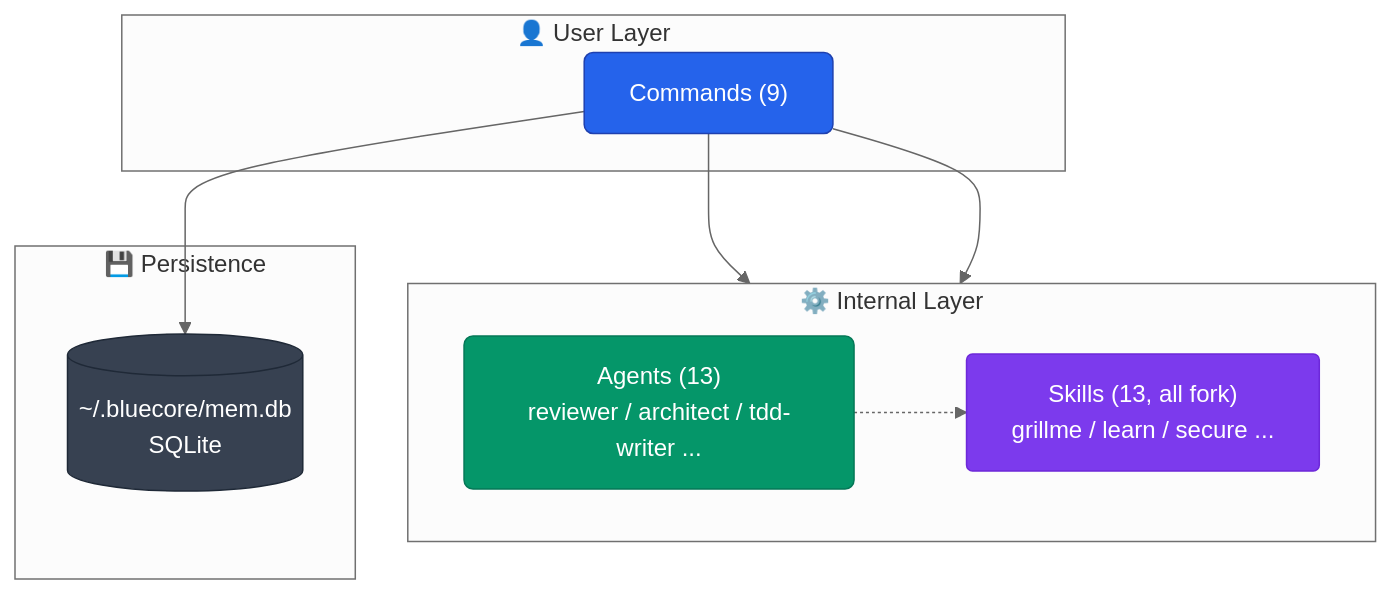
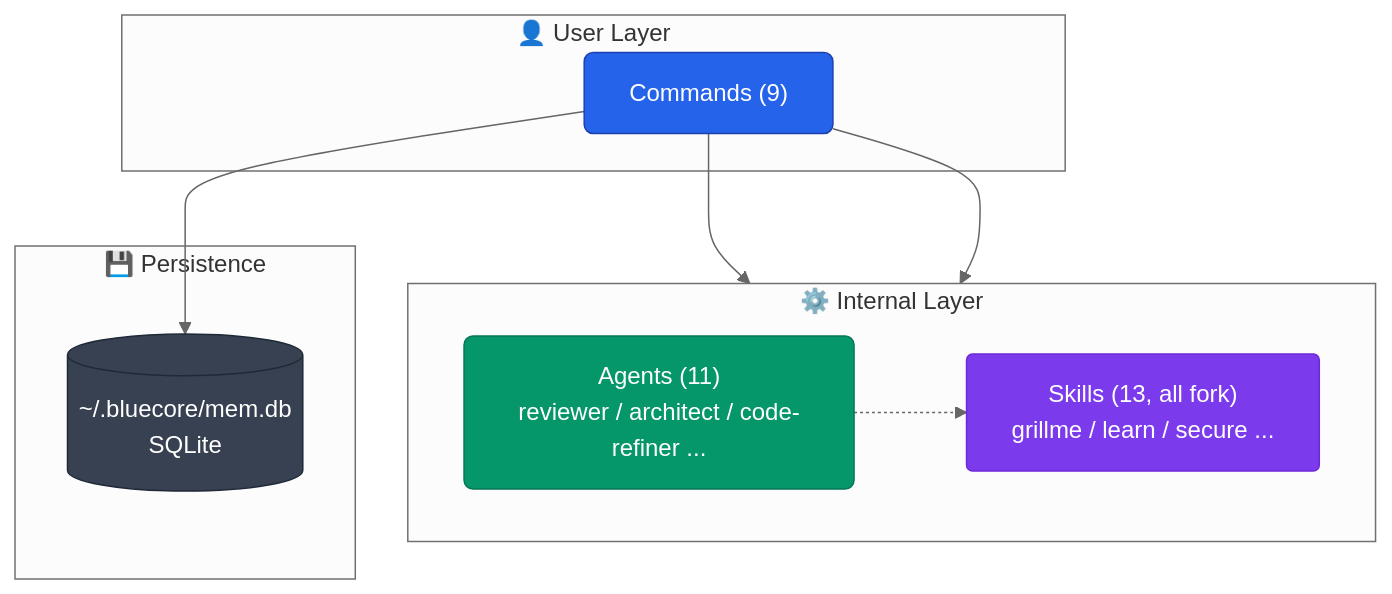
One commit to aokumablue/claq changed diagram 12 of 12 in README.md. Above: the diagram before and after it, drawn with Mermaid (neutral theme). The commit also changed other lines of this file and 9 other files, not shown here.

First line of the commit message:
refactor(agents): simplifier/dead-code-cleaner/perf-optimizer を code-refiner へ統合

````diff
--- a/README.md
+++ b/README.md
@@ -515,26 +515,26 @@
 ```mermaid
 flowchart TB
   classDef cmd    fill:#2563eb,stroke:#1e40af,color:#fff,rx:6
   classDef agent  fill:#059669,stroke:#047857,color:#fff,rx:6
   classDef skill  fill:#7c3aed,stroke:#6d28d9,color:#fff,rx:4
   classDef store  fill:#374151,stroke:#1f2937,color:#fff,rx:4
 
   subgraph user["👤 User Layer"]
     CMD["Commands (9)"]:::cmd
   end
 
   subgraph internal["⚙️ Internal Layer"]
     direction LR
-    AGT["Agents (13)<br/>reviewer / architect / tdd-writer ..."]:::agent
+    AGT["Agents (11)<br/>reviewer / architect / code-refiner ..."]:::agent
     SKL["Skills (13, all fork)<br/>grillme / learn / secure ..."]:::skill
   end
 
   subgraph persistence["💾 Persistence"]
     DB[("~/.bluecore/mem.db<br/>SQLite")]:::store
   end
 
   CMD --> AGT
   CMD --> SKL
   AGT -.-> SKL
   CMD --> DB
 ```
````
